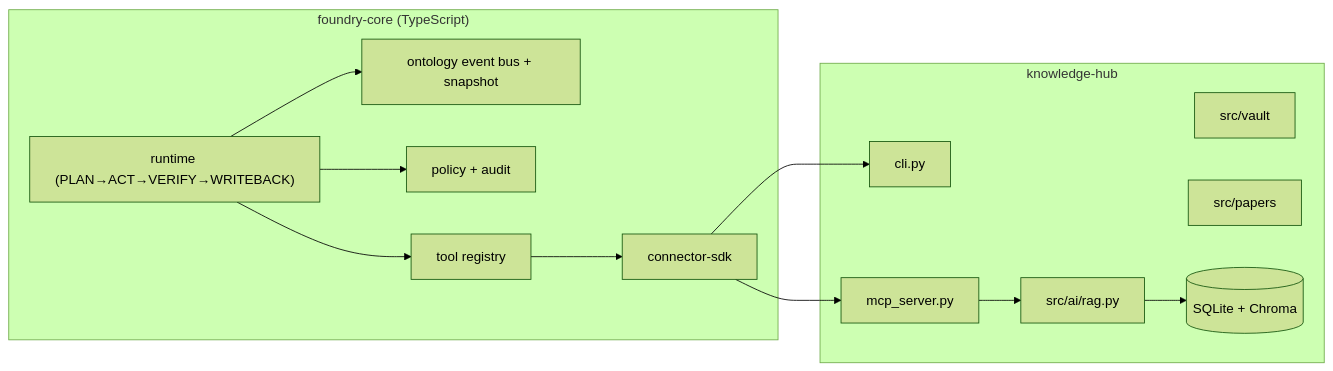
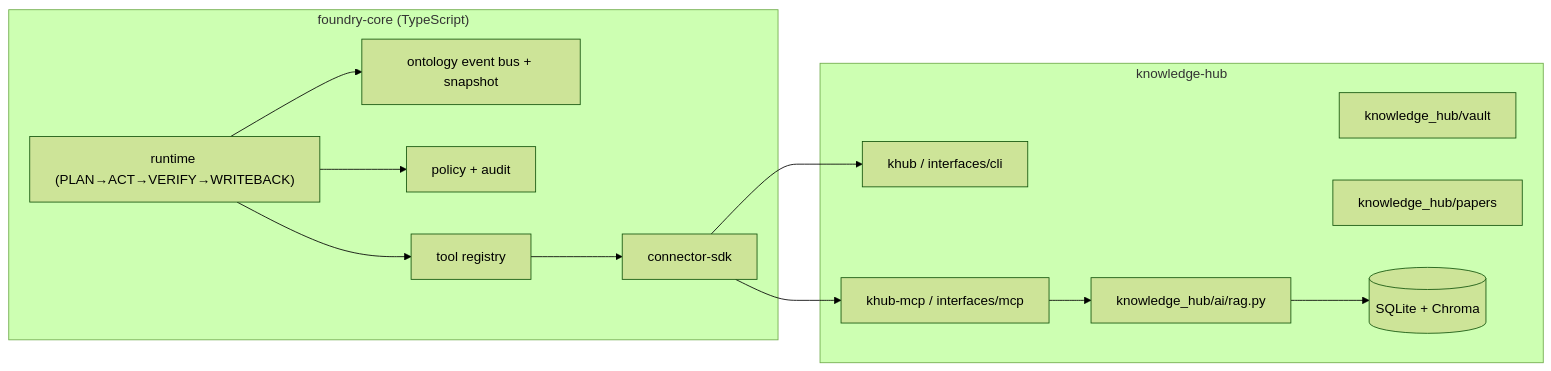
The diagram in docs/foundry-knowledge-hub-integration.md (chowonje/knowledge-hub), drawn with Mermaid (forest theme) before and after one commit. The commit also changed other lines of this file and 47 other files, not shown here.

````diff
--- a/docs/foundry-knowledge-hub-integration.md
+++ b/docs/foundry-knowledge-hub-integration.md
@@ -13,26 +15,26 @@
 ```mermaid
 flowchart LR
   subgraph KH["knowledge-hub"]
-    CLI["cli.py"]
-    MCP["mcp_server.py"]
-    VAULT["src/vault"]
-    PAPERS["src/papers"]
-    RAG["src/ai/rag.py"]
+    CLI["khub / interfaces/cli"]
+    MCP["khub-mcp / interfaces/mcp"]
+    VAULT["knowledge_hub/vault"]
+    PAPERS["knowledge_hub/papers"]
+    RAG["knowledge_hub/ai/rag.py"]
     DB[(SQLite + Chroma)]
   end
 
   subgraph FC["foundry-core (TypeScript)"]
     RT["runtime (PLAN→ACT→VERIFY→WRITEBACK)"]
     CON["connector-sdk"]
     BUS["ontology event bus + snapshot"]
     POL["policy + audit"]
     TOOL["tool registry"]
   end
 
   RT --> TOOL --> CON --> MCP
   CON --> CLI
   MCP --> RAG
   RAG --> DB
   RT --> BUS
   RT --> POL
 ```
````
